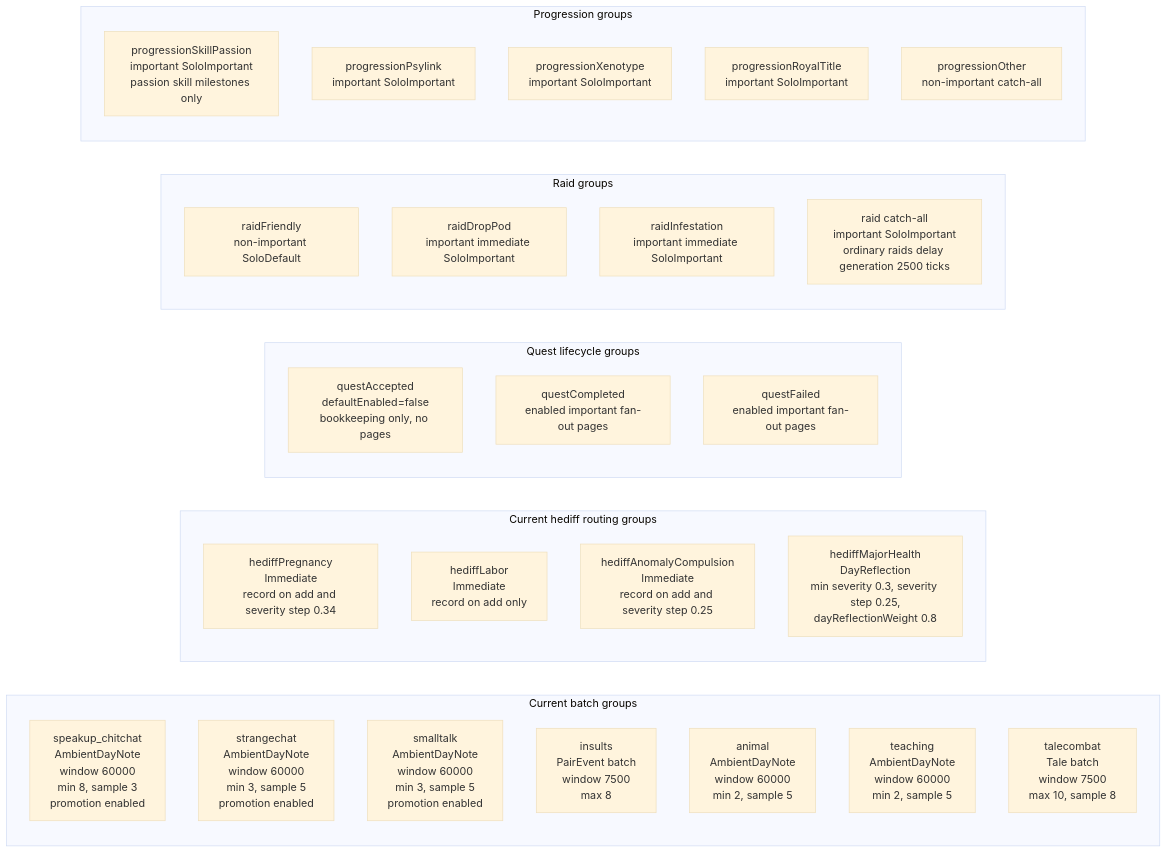
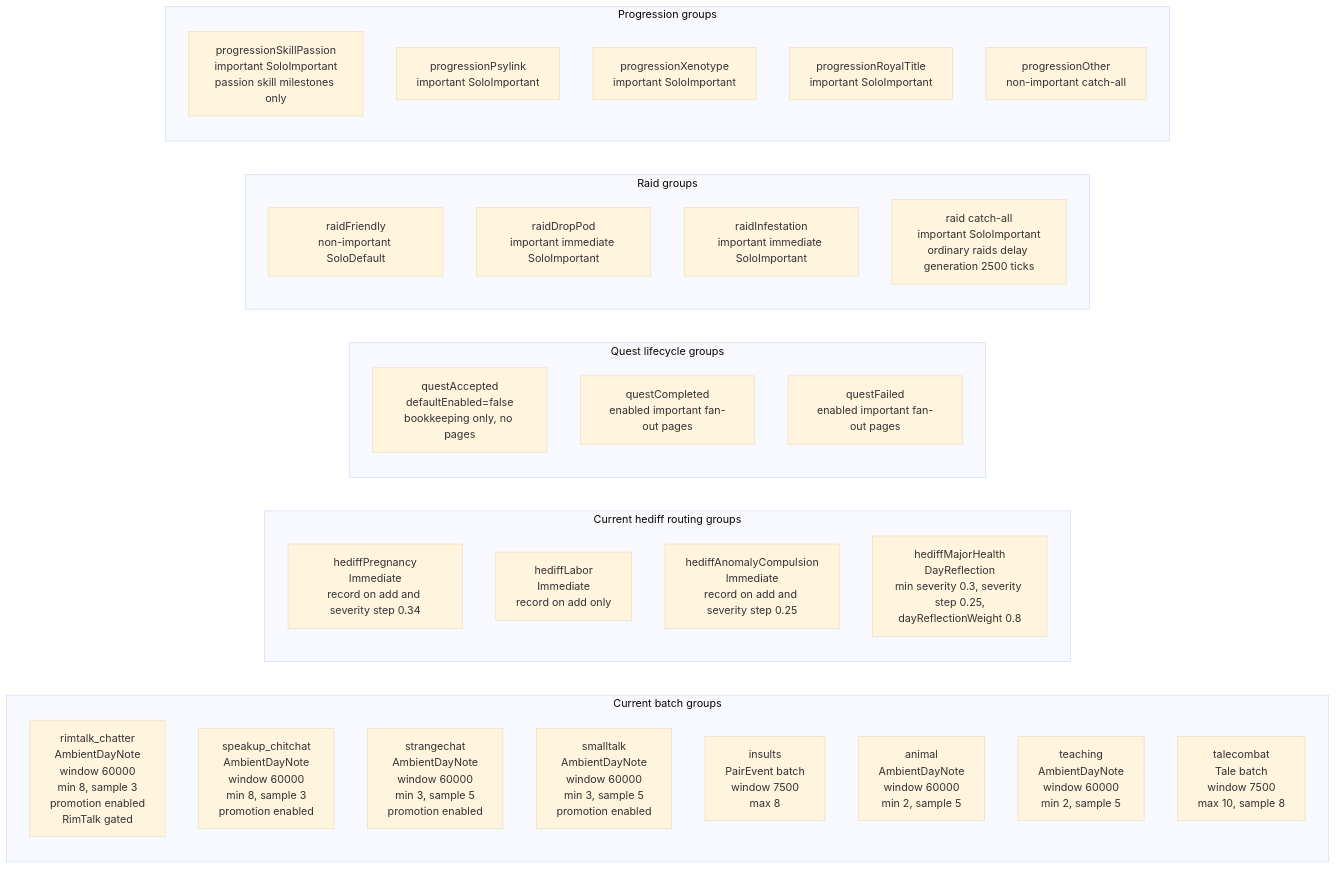
Before and after one commit to aimmlegate/PawnDiary: the fourth of 6 diagrams in EVENT_PROMPT_MAP.md, drawn with Mermaid (base theme). The commit also changed other lines of this file and 6 other files, not shown here.

Commit message:
Add RimTalk ambient compat group

````diff
--- a/EVENT_PROMPT_MAP.md
+++ b/EVENT_PROMPT_MAP.md
@@ -288,40 +288,41 @@
 ```mermaid
 flowchart LR
     subgraph Batches["Current batch groups"]
+        BG0["rimtalk_chatter<br/>AmbientDayNote<br/>window 60000<br/>min 8, sample 3<br/>promotion enabled<br/>RimTalk gated"]
         BG1["speakup_chitchat<br/>AmbientDayNote<br/>window 60000<br/>min 8, sample 3<br/>promotion enabled"]
         BG2["strangechat<br/>AmbientDayNote<br/>window 60000<br/>min 3, sample 5<br/>promotion enabled"]
         BG3["smalltalk<br/>AmbientDayNote<br/>window 60000<br/>min 3, sample 5<br/>promotion enabled"]
         BG4["insults<br/>PairEvent batch<br/>window 7500<br/>max 8"]
         BG5["animal<br/>AmbientDayNote<br/>window 60000<br/>min 2, sample 5"]
         BG6["teaching<br/>AmbientDayNote<br/>window 60000<br/>min 2, sample 5"]
         BG7["talecombat<br/>Tale batch<br/>window 7500<br/>max 10, sample 8"]
     end
 
     subgraph HediffGroups["Current hediff routing groups"]
         HG1["hediffPregnancy<br/>Immediate<br/>record on add and severity step 0.34"]
         HG2["hediffLabor<br/>Immediate<br/>record on add only"]
         HG3["hediffAnomalyCompulsion<br/>Immediate<br/>record on add and severity step 0.25"]
         HG4["hediffMajorHealth<br/>DayReflection<br/>min severity 0.3, severity step 0.25,<br/>dayReflectionWeight 0.8"]
     end
 
     subgraph QuestGroups["Quest lifecycle groups"]
         Q1["questAccepted<br/>defaultEnabled=false<br/>bookkeeping only, no pages"]
         Q2["questCompleted<br/>enabled important fan-out pages"]
         Q3["questFailed<br/>enabled important fan-out pages"]
     end
 
     subgraph RaidGroups["Raid groups"]
         R1["raidFriendly<br/>non-important SoloDefault"]
         R2["raidDropPod<br/>important immediate SoloImportant"]
         R3["raidInfestation<br/>important immediate SoloImportant"]
         R4["raid catch-all<br/>important SoloImportant<br/>ordinary raids delay generation 2500 ticks"]
     end
 
     subgraph ProgressionGroups["Progression groups"]
         P1["progressionSkillPassion<br/>important SoloImportant<br/>passion skill milestones only"]
         P2["progressionPsylink<br/>important SoloImportant"]
         P3["progressionXenotype<br/>important SoloImportant"]
         P4["progressionRoyalTitle<br/>important SoloImportant"]
         P5["progressionOther<br/>non-important catch-all"]
     end
 ```
````
